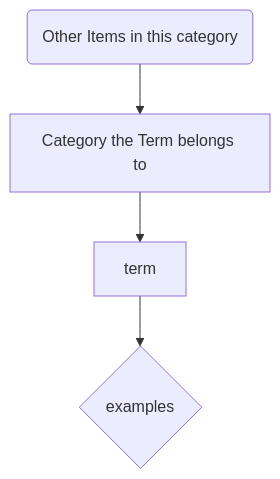
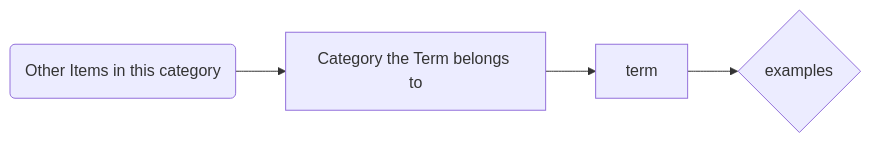
Before and after one commit to gerbssusd/dok: the diagram in slides.md, drawn with Mermaid.

````diff
--- a/slides.md
+++ b/slides.md
@@ -217,10 +217,10 @@
 ```mermaid {theme: 'neutral', scale: 0.8}
-graph 
+graph LR
 A(Other Items in this category) --> B[Category the Term belongs to]
 B --> C[term] --> D{examples}
 
 
 
 
 
 ```
````
